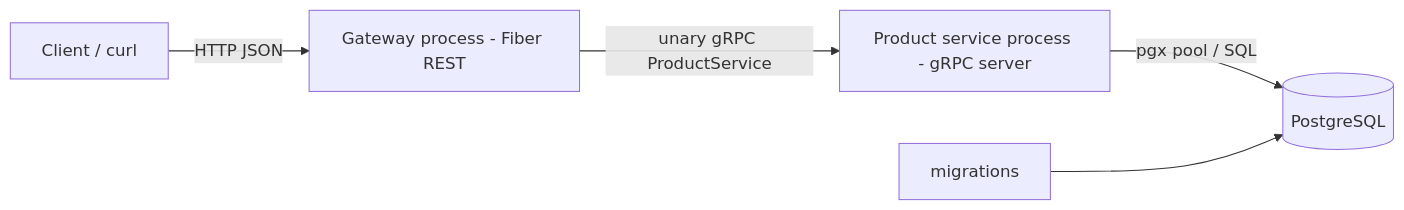
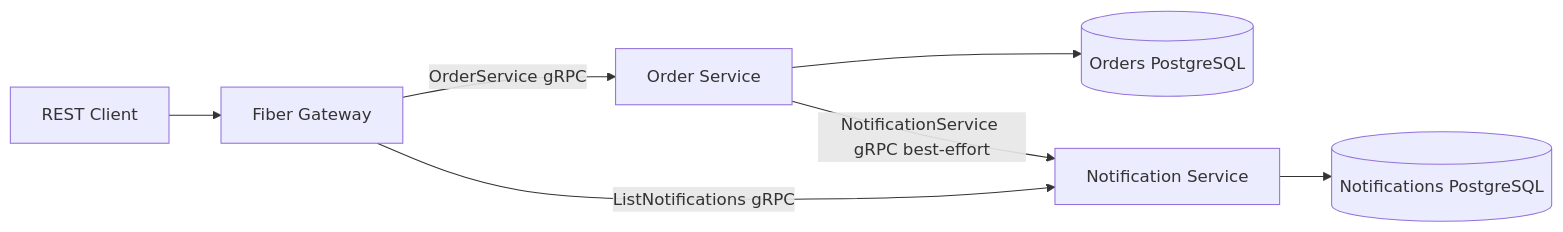
Before and after one commit to KantapatSg/golang-essential-gRPC: the first of 3 diagrams in README.md, drawn with Mermaid. The commit also changed other lines of this file and 42 other files, not shown here.

````diff
--- a/README.md
+++ b/README.md
@@ -31,7 +7,9 @@
 ```mermaid
 flowchart LR
-    C[Client / curl] -->|HTTP JSON| G[Gateway process - Fiber REST]
-    G -->|unary gRPC ProductService| S[Product service process - gRPC server]
-    S -->|pgx pool / SQL| DB[(PostgreSQL)]
-    M[migrations] --> DB
+  C[REST Client] --> G[Fiber Gateway]
+  G -->|OrderService gRPC| O[Order Service]
+  O --> OD[(Orders PostgreSQL)]
+  O -->|NotificationService gRPC best-effort| N[Notification Service]
+  G -->|ListNotifications gRPC| N
+  N --> ND[(Notifications PostgreSQL)]
 ```
````
